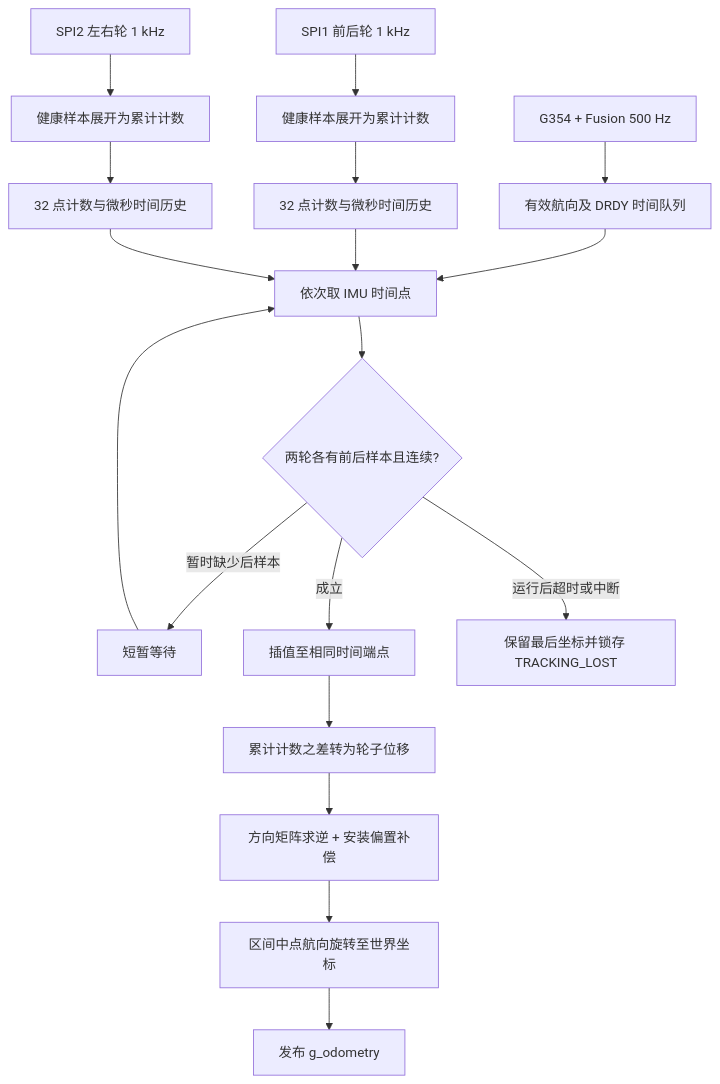
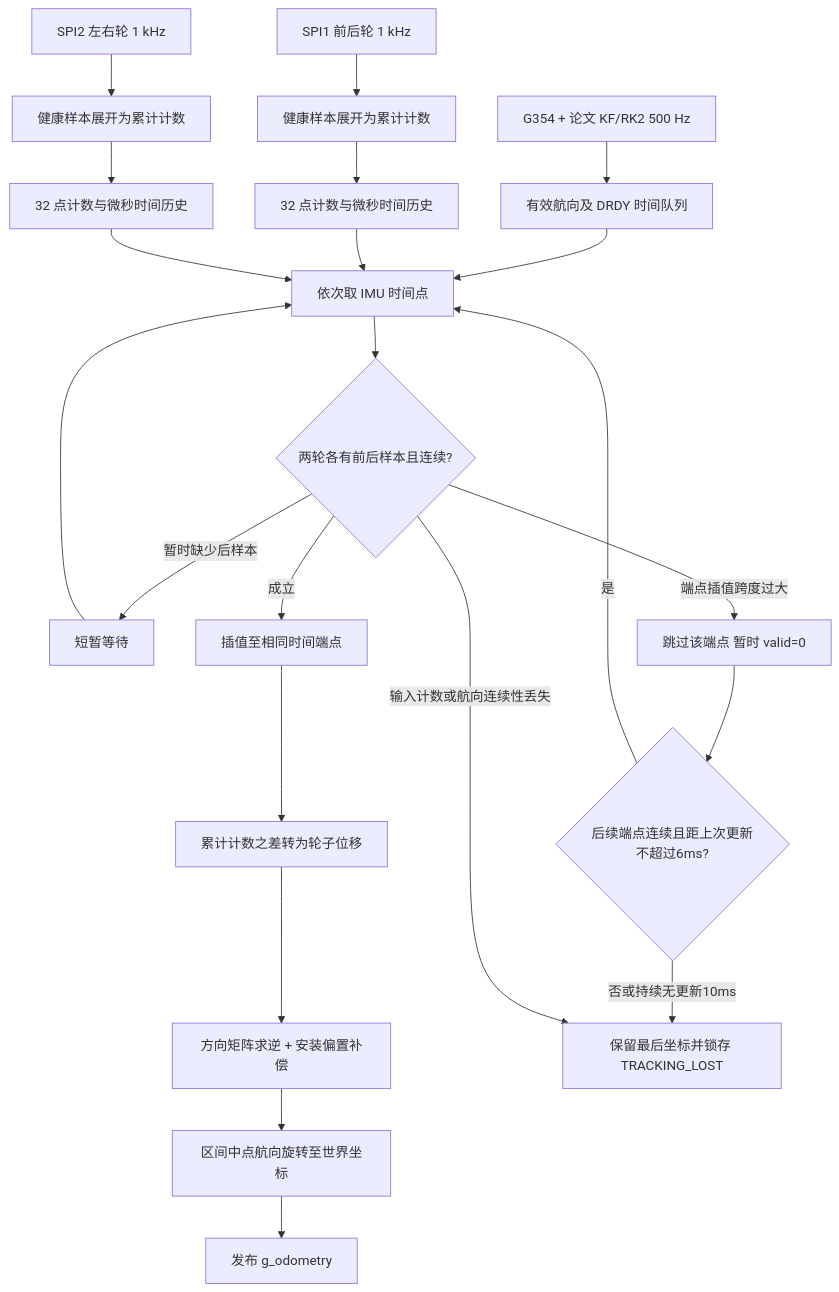
Before and after one commit to starpang888/OPS11-By-Star: the diagram in modules/odometry/README.md, drawn with Mermaid. The commit also changed other lines of this file and 56 other files, not shown here.

````diff
--- a/modules/odometry/README.md
+++ b/modules/odometry/README.md
@@ -29,20 +29,24 @@
 ```mermaid
 flowchart TD
     E1[SPI1 前后轮 1 kHz] --> C1[健康样本展开为累计计数]
     E2[SPI2 左右轮 1 kHz] --> C2[健康样本展开为累计计数]
     C1 --> H1[32 点计数与微秒时间历史]
     C2 --> H2[32 点计数与微秒时间历史]
-    I[G354 + Fusion 500 Hz] --> Q[有效航向及 DRDY 时间队列]
+    I[G354 + 论文 KF/RK2 500 Hz] --> Q[有效航向及 DRDY 时间队列]
     Q --> S[依次取 IMU 时间点]
     H1 --> S
     H2 --> S
     S --> B{两轮各有前后样本且连续?}
     B -->|暂时缺少后样本| W[短暂等待]
     W --> S
     B -->|成立| P[插值至相同时间端点]
     P --> D[累计计数之差转为轮子位移]
     D --> G[方向矩阵求逆 + 安装偏置补偿]
     G --> R[区间中点航向旋转至世界坐标]
     R --> O[发布 g_odometry]
-    B -->|运行后超时或中断| F[保留最后坐标并锁存 TRACKING_LOST]
+    B -->|端点插值跨度过大| K[跳过该端点 暂时 valid=0]
+    K --> N{后续端点连续且距上次更新不超过6ms?}
+    N -->|是| S
+    N -->|否或持续无更新10ms| F[保留最后坐标并锁存 TRACKING_LOST]
+    B -->|输入计数或航向连续性丢失| F
 ```
````
